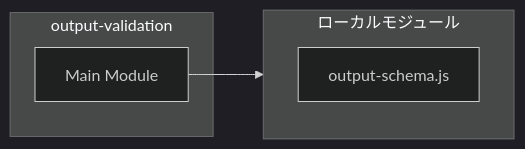
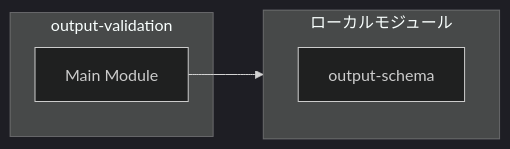
One commit to Mekann2904/mekann changed the second of 4 diagrams in ABDD/.pi/lib/output-validation.md. Above: the diagram before and after it, drawn with Mermaid (dark theme). The commit also changed other lines of this file and 174 other files, not shown here.

First line of the commit message:
fix(docs): ABDDのMermaid図生成エラーを修正する

````diff
--- a/ABDD/.pi/lib/output-validation.md
+++ b/ABDD/.pi/lib/output-validation.md
@@ -63,10 +63,10 @@
 ```mermaid
 flowchart LR
   subgraph this[output-validation]
     main[Main Module]
   end
   subgraph local[ローカルモジュール]
-    output_schema_js["output-schema.js"]
+    output_schema["output-schema"]
   end
   main --> local
 ```
````
